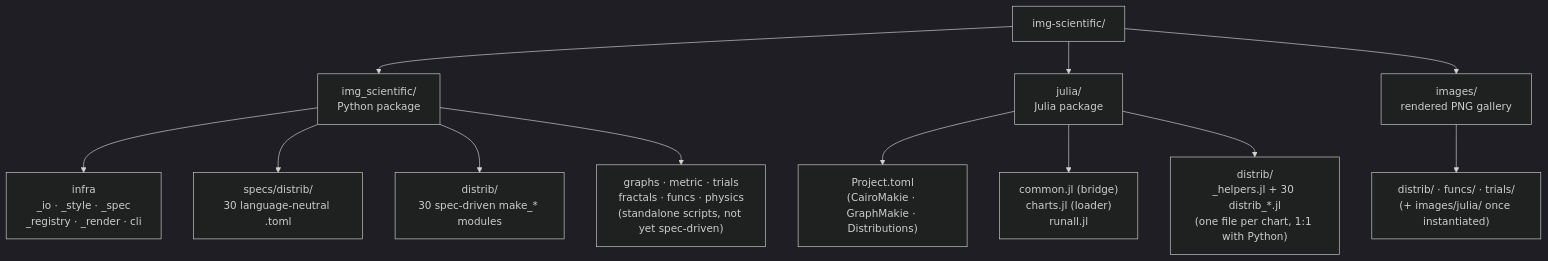
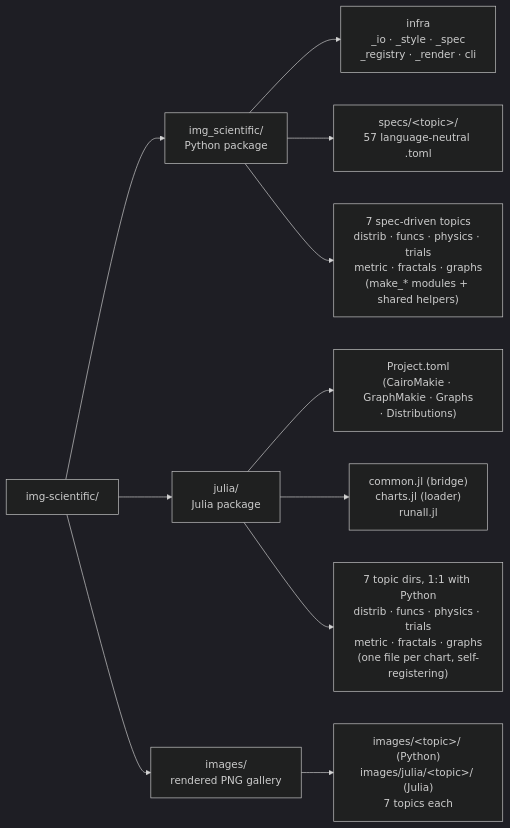
One commit to ivaquero/img-scientific changed the second of 2 diagrams in README.md. Above: the diagram before and after it, drawn with Mermaid (dark theme). The commit also changed other lines of this file and 2 other files, not shown here.

````diff
--- a/README.md
+++ b/README.md
@@ -39,19 +39,18 @@
 ```mermaid
-flowchart TD
+flowchart LR
     ROOT["img-scientific/"]
 
     ROOT --> PKG["img_scientific/<br/>Python package"]
     ROOT --> JPKG["julia/<br/>Julia package"]
     ROOT --> IMG["images/<br/>rendered PNG gallery"]
 
     PKG --> INFRA["infra<br/>_io · _style · _spec<br/>_registry · _render · cli"]
-    PKG --> SPECS["specs/distrib/<br/>30 language-neutral .toml"]
-    PKG --> TDIST["distrib/<br/>30 spec-driven make_* modules"]
-    PKG --> TPEND["graphs · metric · trials<br/>fractals · funcs · physics<br/>(standalone scripts, not yet spec-driven)"]
+    PKG --> SPECS["specs/&lt;topic&gt;/<br/>57 language-neutral .toml"]
+    PKG --> TCHART["7 spec-driven topics<br/>distrib · funcs · physics · trials<br/>metric · fractals · graphs<br/>(make_* modules + shared helpers)"]
 
-    JPKG --> JP["Project.toml<br/>(CairoMakie · GraphMakie · Distributions)"]
+    JPKG --> JP["Project.toml<br/>(CairoMakie · GraphMakie · Graphs<br/>· Distributions)"]
     JPKG --> JC["common.jl (bridge)<br/>charts.jl (loader)<br/>runall.jl"]
-    JPKG --> JDIST["distrib/<br/>_helpers.jl + 30 distrib_*.jl<br/>(one file per chart, 1:1 with Python)"]
+    JPKG --> JDIST["7 topic dirs, 1:1 with Python<br/>distrib · funcs · physics · trials<br/>metric · fractals · graphs<br/>(one file per chart, self-registering)"]
 
-    IMG --> IP["distrib/ · funcs/ · trials/<br/>(+ images/julia/ once instantiated)"]
+    IMG --> IP["images/&lt;topic&gt;/ (Python)<br/>images/julia/&lt;topic&gt;/ (Julia)<br/>7 topics each"]
 ```
````
